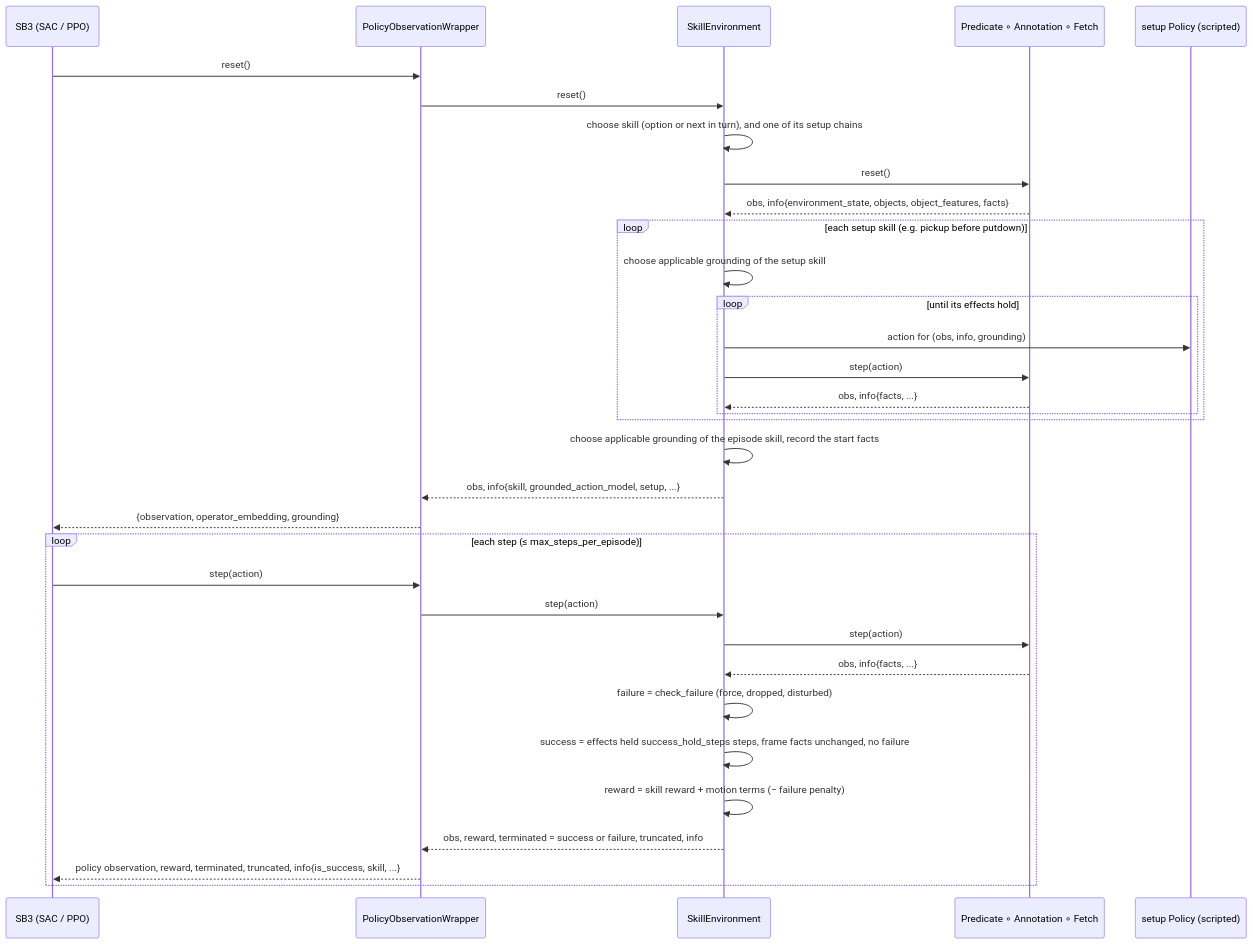
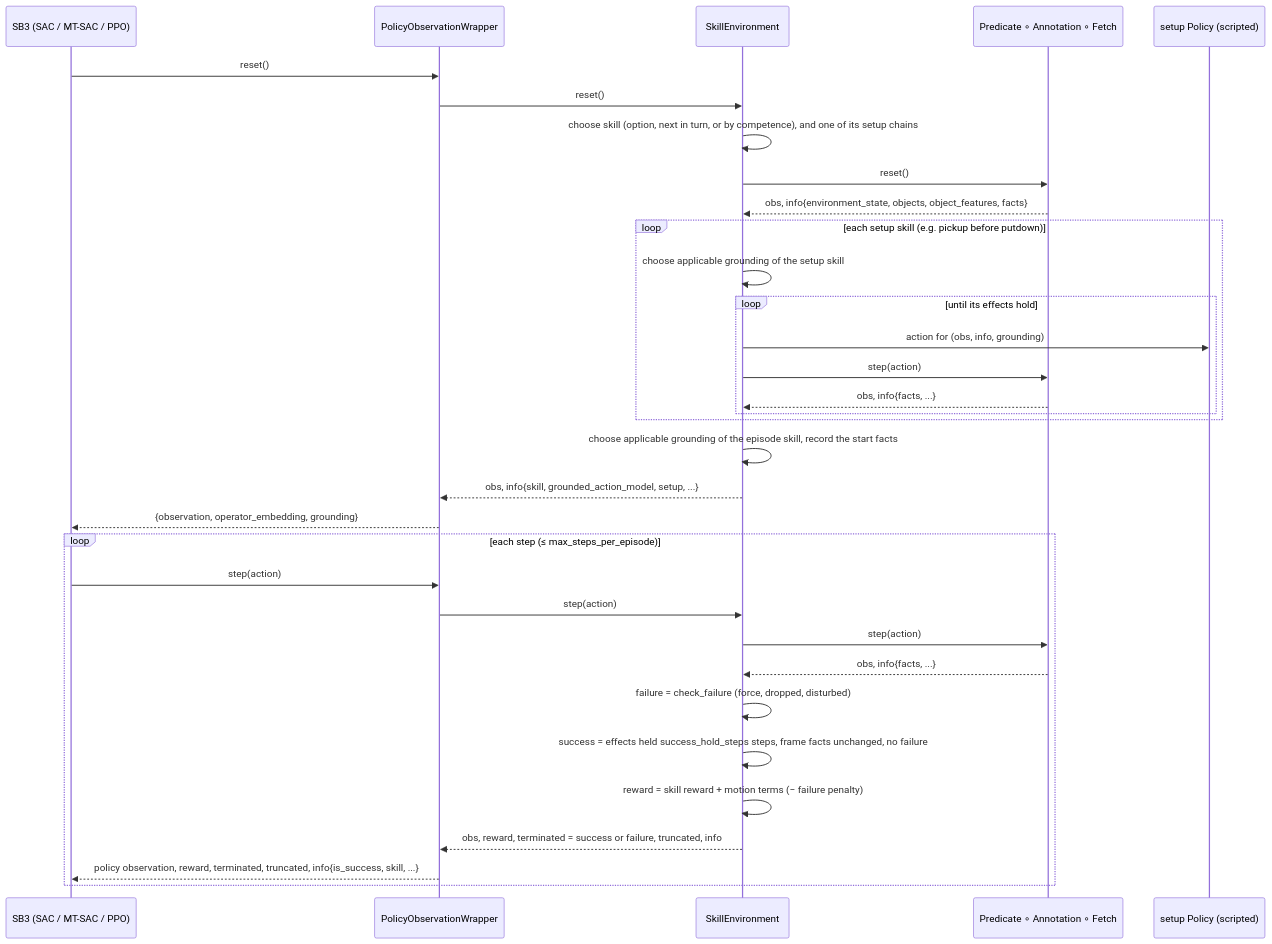
One commit to carwyn987/compositional_action_models changed the second of 3 diagrams in docs/component_diagrams.md. Above: the diagram before and after it, drawn with Mermaid. The commit also changed other lines of this file and 1 other file, not shown here.

First line of the commit message:
component_diagrams: add multi-task SAC and competence sampling

````diff
--- a/docs/component_diagrams.md
+++ b/docs/component_diagrams.md
@@ -199,36 +199,36 @@
 ```mermaid
 sequenceDiagram
-    participant A as SB3 (SAC / PPO)
+    participant A as SB3 (SAC / MT-SAC / PPO)
     participant O as PolicyObservationWrapper
     participant S as SkillEnvironment
     participant F as Predicate ∘ Annotation ∘ Fetch
     participant P as setup Policy (scripted)
 
     A->>O: reset()
     O->>S: reset()
-    S->>S: choose skill (option or next in turn), and one of its setup chains
+    S->>S: choose skill (option, next in turn, or by competence), and one of its setup chains
     S->>F: reset()
     F-->>S: obs, info{environment_state, objects, object_features, facts}
     loop each setup skill (e.g. pickup before putdown)
         S->>S: choose applicable grounding of the setup skill
         loop until its effects hold
             S->>P: action for (obs, info, grounding)
             S->>F: step(action)
             F-->>S: obs, info{facts, ...}
         end
     end
     S->>S: choose applicable grounding of the episode skill, record the start facts
     S-->>O: obs, info{skill, grounded_action_model, setup, ...}
     O-->>A: {observation, operator_embedding, grounding}
     loop each step (≤ max_steps_per_episode)
         A->>O: step(action)
         O->>S: step(action)
         S->>F: step(action)
         F-->>S: obs, info{facts, ...}
         S->>S: failure = check_failure (force, dropped, disturbed)
         S->>S: success = effects held success_hold_steps steps, frame facts unchanged, no failure
         S->>S: reward = skill reward + motion terms (− failure penalty)
         S-->>O: obs, reward, terminated = success or failure, truncated, info
         O-->>A: policy observation, reward, terminated, truncated, info{is_success, skill, ...}
     end
 ```
````
